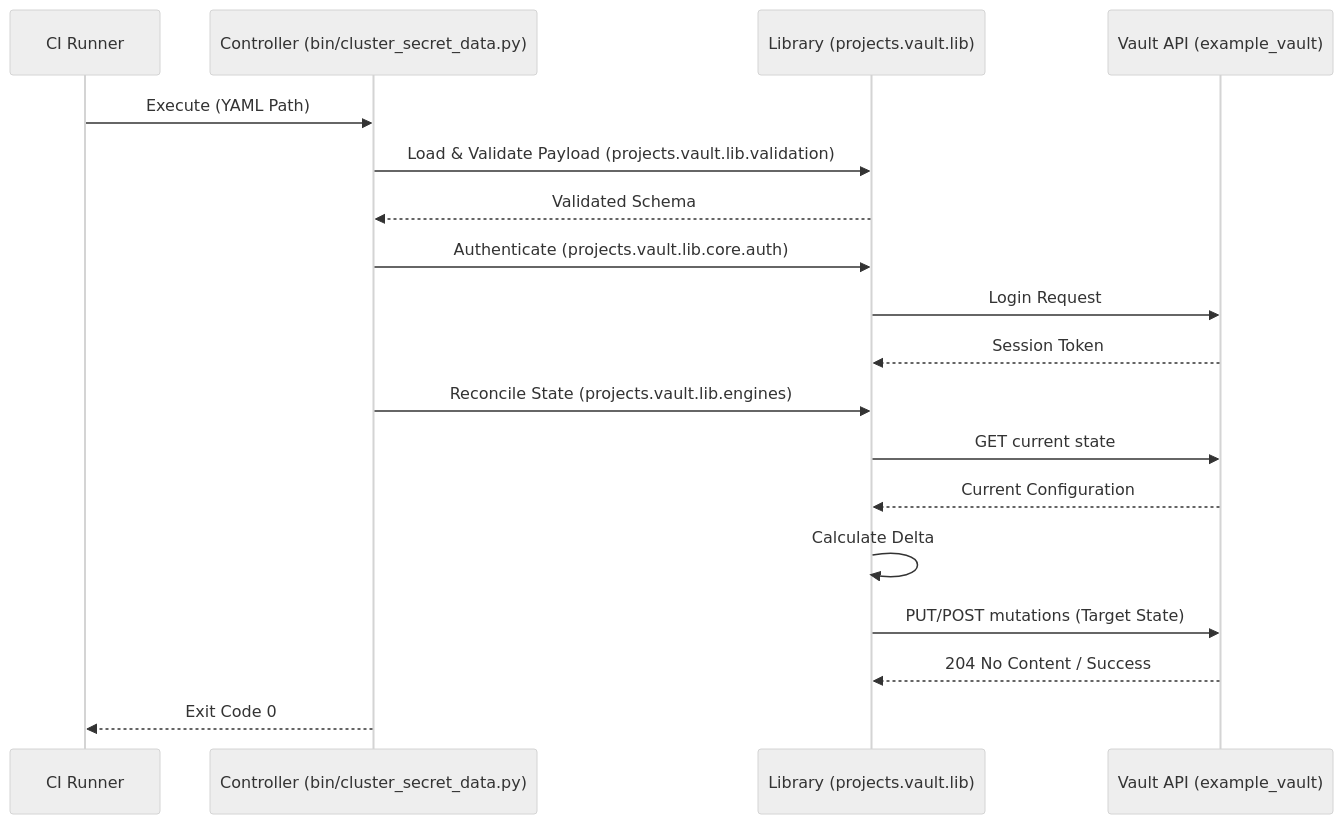
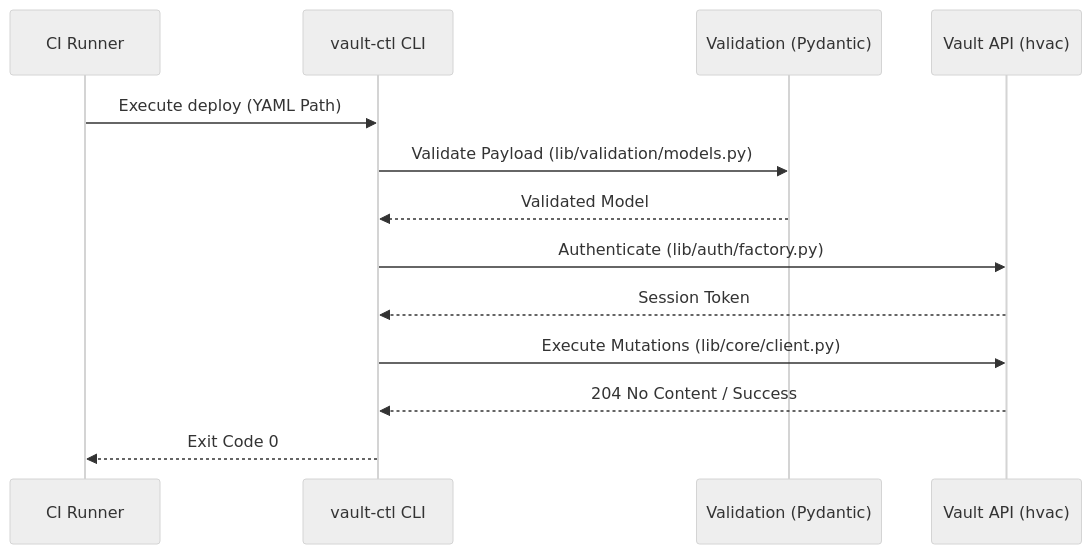
Before and after one commit to rb1whitney/vault_controller: the diagram in docs/02_ADMIN_GUIDE.md, drawn with Mermaid (neutral theme). The commit also changed other lines of this file and 54 other files, not shown here.

Commit message:
feat(vault): implement declarative hvac controller with transit encryption and shift-left validation

````diff
--- a/docs/02_ADMIN_GUIDE.md
+++ b/docs/02_ADMIN_GUIDE.md
@@ -73,21 +53,16 @@
 ```mermaid
 sequenceDiagram
     participant CI as CI Runner
-    participant CTRL as Controller (bin/cluster_secret_data.py)
-    participant LIB as Library (projects.vault.lib)
-    participant API as Vault API (example_vault)
+    participant CLI as vault-ctl CLI
+    participant VAL as Validation (Pydantic)
+    participant API as Vault API (hvac)
 
-    CI->>CTRL: Execute (YAML Path)
-    CTRL->>LIB: Load & Validate Payload (projects.vault.lib.validation)
-    LIB-->>CTRL: Validated Schema
-    CTRL->>LIB: Authenticate (projects.vault.lib.core.auth)
-    LIB->>API: Login Request
-    API-->>LIB: Session Token
-    CTRL->>LIB: Reconcile State (projects.vault.lib.engines)
-    LIB->>API: GET current state
-    API-->>LIB: Current Configuration
-    LIB->>LIB: Calculate Delta
-    LIB->>API: PUT/POST mutations (Target State)
-    API-->>LIB: 204 No Content / Success
-    CTRL-->>CI: Exit Code 0
+    CI->>CLI: Execute deploy (YAML Path)
+    CLI->>VAL: Validate Payload (lib/validation/models.py)
+    VAL-->>CLI: Validated Model
+    CLI->>API: Authenticate (lib/auth/factory.py)
+    API-->>CLI: Session Token
+    CLI->>API: Execute Mutations (lib/core/client.py)
+    API-->>CLI: 204 No Content / Success
+    CLI-->>CI: Exit Code 0
 ```
````
